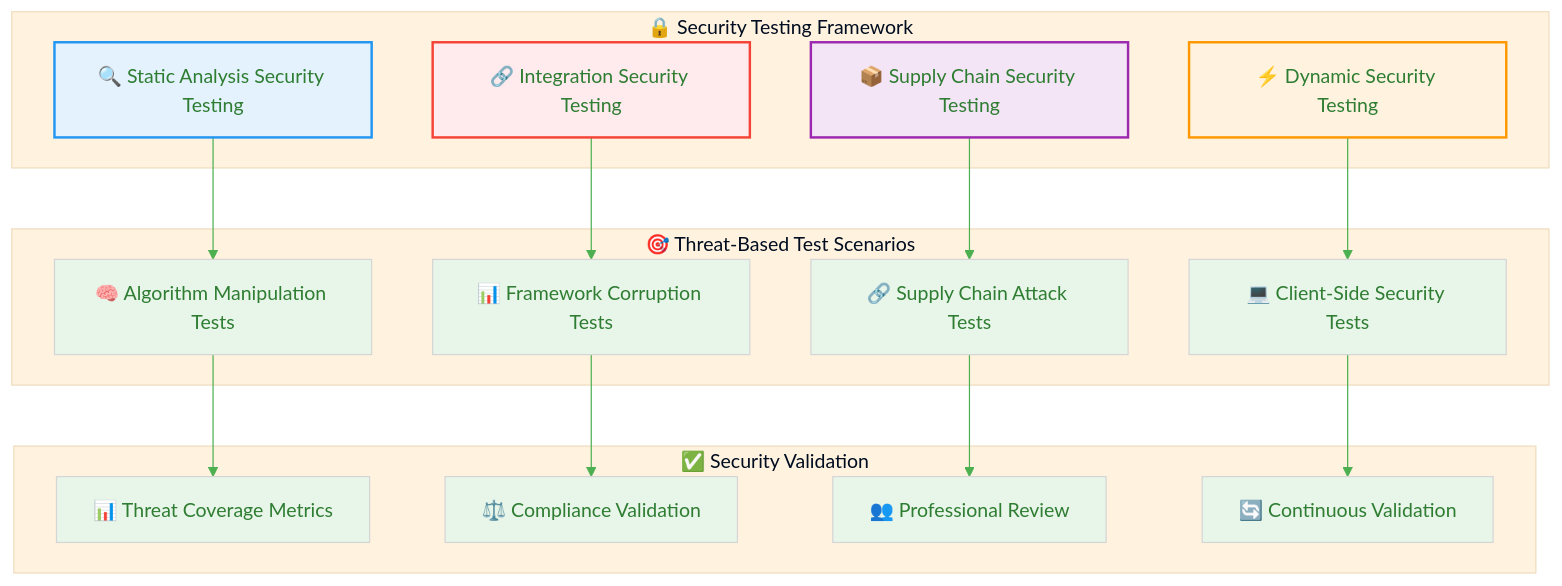
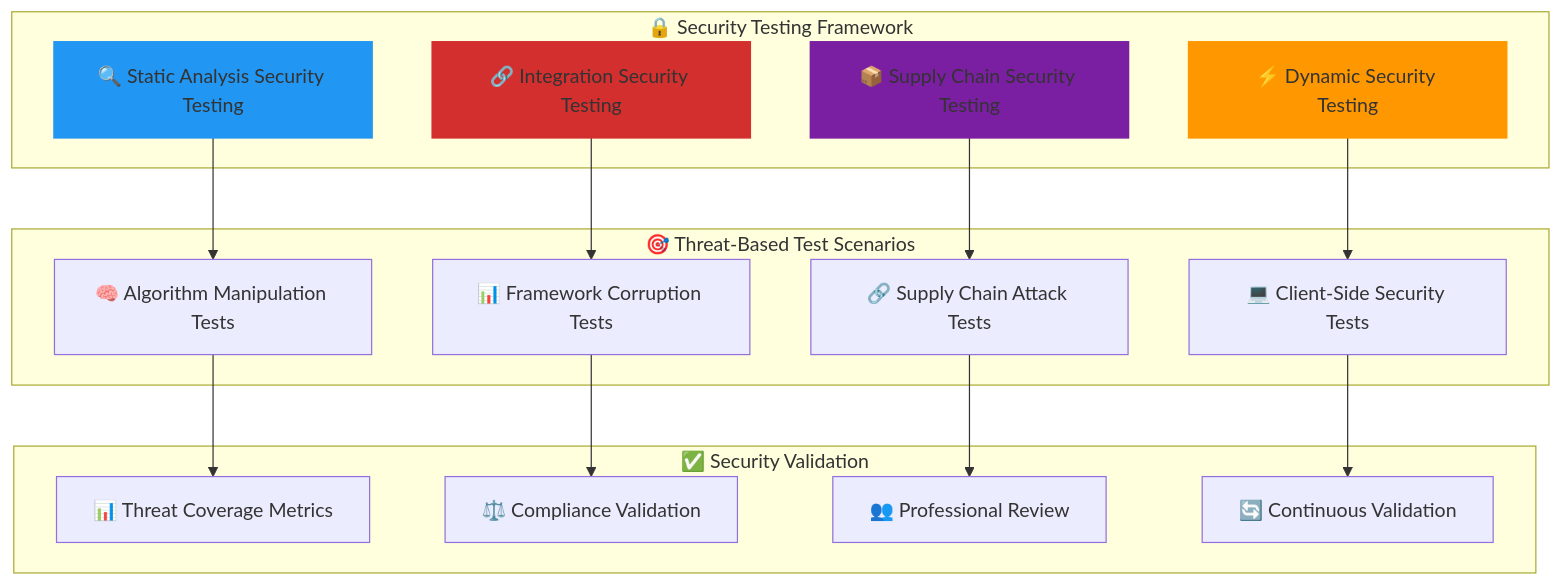
Before and after one commit to Hack23/cia-compliance-manager: diagram 14 of 15 in docs/architecture/THREAT_MODEL.md, drawn with Mermaid. The commit also changed other lines of this file and 18 other files, not shown here.

````diff
--- a/docs/architecture/THREAT_MODEL.md
+++ b/docs/architecture/THREAT_MODEL.md
@@ -1306,50 +1257,43 @@
 ```mermaid
 %%{
   init: {
-    'theme': 'base',
-    'themeVariables': {
-      'primaryColor': '#e8f5e9',
-      'primaryTextColor': '#2e7d32',
-      'lineColor': '#4caf50',
-      'secondaryColor': '#e3f2fd',
-      'tertiaryColor': '#fff3e0'
-    }
-  }
+    'theme': 'neutral',
+}
 }%%
 flowchart TB
     subgraph SECURITY_TESTING["🔒 Security Testing Framework"]
         STATIC[🔍 Static Analysis Security Testing]
         DYNAMIC[⚡ Dynamic Security Testing]
         SUPPLY[📦 Supply Chain Security Testing]
         INTEGRATION[🔗 Integration Security Testing]
     end
     
     subgraph TEST_SCENARIOS["🎯 Threat-Based Test Scenarios"]
         ALGO_TEST[🧠 Algorithm Manipulation Tests]
         FRAMEWORK_TEST[📊 Framework Corruption Tests]
         SUPPLY_TEST[🔗 Supply Chain Attack Tests]
         CLIENT_TEST[💻 Client-Side Security Tests]
     end
     
     subgraph VALIDATION["✅ Security Validation"]
         COVERAGE[📊 Threat Coverage Metrics]
         COMPLIANCE[⚖️ Compliance Validation]
         PROFESSIONAL[👥 Professional Review]
         CONTINUOUS[🔄 Continuous Validation]
     end
     
     STATIC --> ALGO_TEST
     DYNAMIC --> CLIENT_TEST
     SUPPLY --> SUPPLY_TEST
     INTEGRATION --> FRAMEWORK_TEST
     
     ALGO_TEST --> COVERAGE
     FRAMEWORK_TEST --> COMPLIANCE
     SUPPLY_TEST --> PROFESSIONAL
     CLIENT_TEST --> CONTINUOUS
     
-    style STATIC fill:#e3f2fd,stroke:#2196f3,stroke-width:2px
-    style DYNAMIC fill:#fff3e0,stroke:#ff9800,stroke-width:2px
-    style SUPPLY fill:#f3e5f5,stroke:#9c27b0,stroke-width:2px
-    style INTEGRATION fill:#ffebee,stroke:#f44336,stroke-width:2px
+    style STATIC fill:#2196F3,stroke:#2196f3,stroke-width:2px
+    style DYNAMIC fill:#FF9800,stroke:#ff9800,stroke-width:2px
+    style SUPPLY fill:#7B1FA2,stroke:#7B1FA2,stroke-width:2px
+    style INTEGRATION fill:#D32F2F,stroke:#D32F2F,stroke-width:2px
 ```
````
